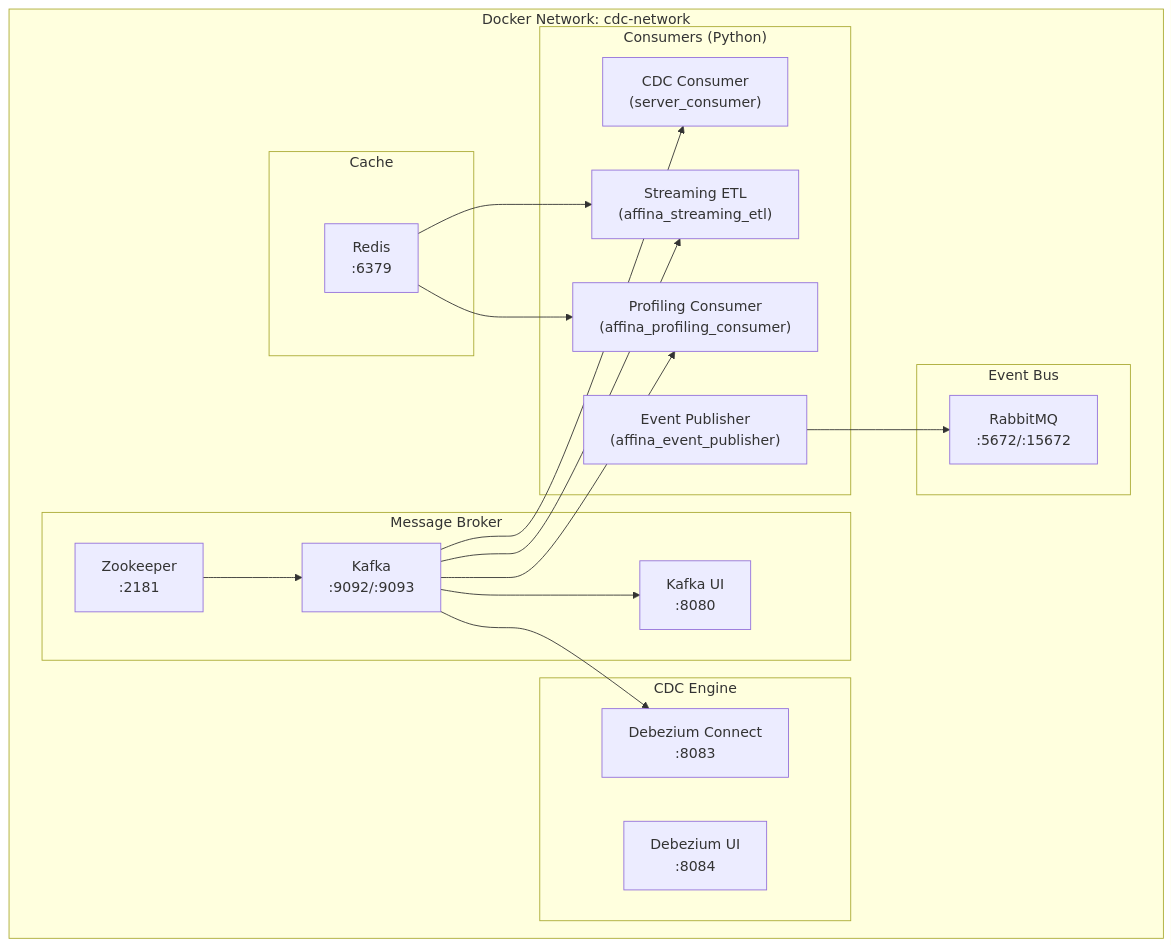
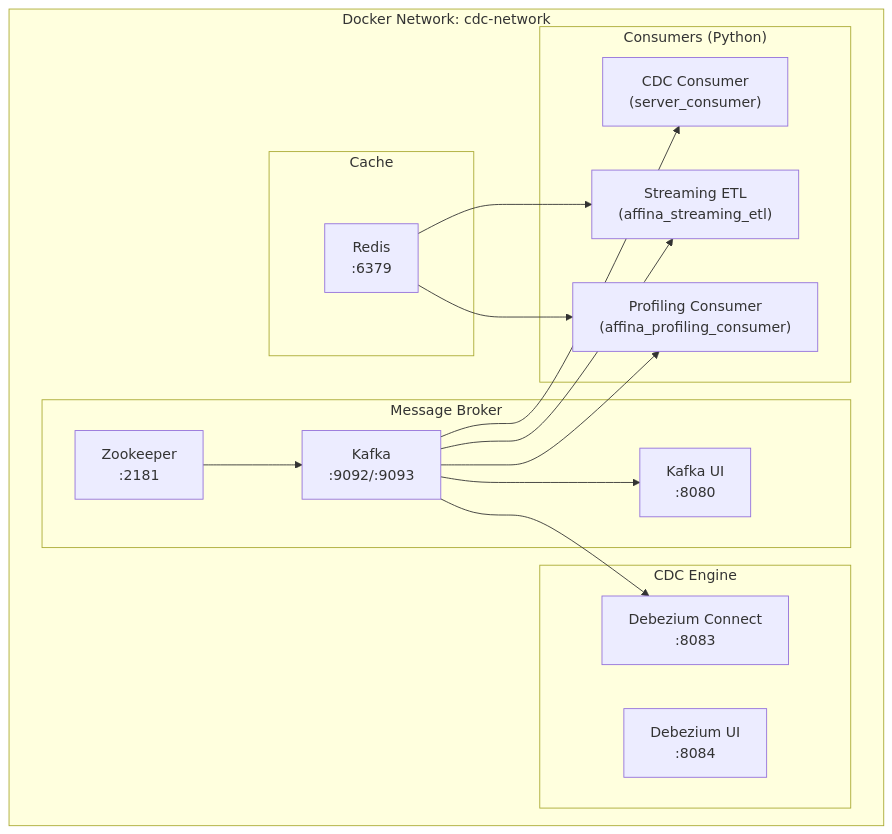
One commit to phatle224/Hybrid-Data-Ingestion-Streaming-Platform changed the sixth of 8 diagrams in docs/PROJECT_FLOW.md. Above: the diagram before and after it, drawn with Mermaid. The commit also changed other lines of this file and 97 other files, not shown here.

````diff
--- a/docs/PROJECT_FLOW.md
+++ b/docs/PROJECT_FLOW.md
@@ -288,37 +240,32 @@
 ```mermaid
 graph TB
     subgraph "Docker Network: cdc-network"
         subgraph "Message Broker"
             ZK["Zookeeper<br/>:2181"]
             KAFKA["Kafka<br/>:9092/:9093"]
             KAFKA_UI["Kafka UI<br/>:8080"]
         end
 
         subgraph "CDC Engine"
             DBZ["Debezium Connect<br/>:8083"]
             DBZ_UI["Debezium UI<br/>:8084"]
         end
 
         subgraph "Cache"
             REDIS["Redis<br/>:6379"]
         end
 
-        subgraph "Event Bus"
-            RMQ["RabbitMQ<br/>:5672/:15672"]
-        end
 
         subgraph "Consumers (Python)"
             C1["CDC Consumer<br/>(server_consumer)"]
             C2["Streaming ETL<br/>(affina_streaming_etl)"]
             C3["Profiling Consumer<br/>(affina_profiling_consumer)"]
-            C4["Event Publisher<br/>(affina_event_publisher)"]
         end
     end
 
     ZK --> KAFKA
     KAFKA --> KAFKA_UI
     KAFKA --> DBZ
     KAFKA --> C1 & C2 & C3
     REDIS --> C2 & C3
-    C4 --> RMQ
 ```
````
